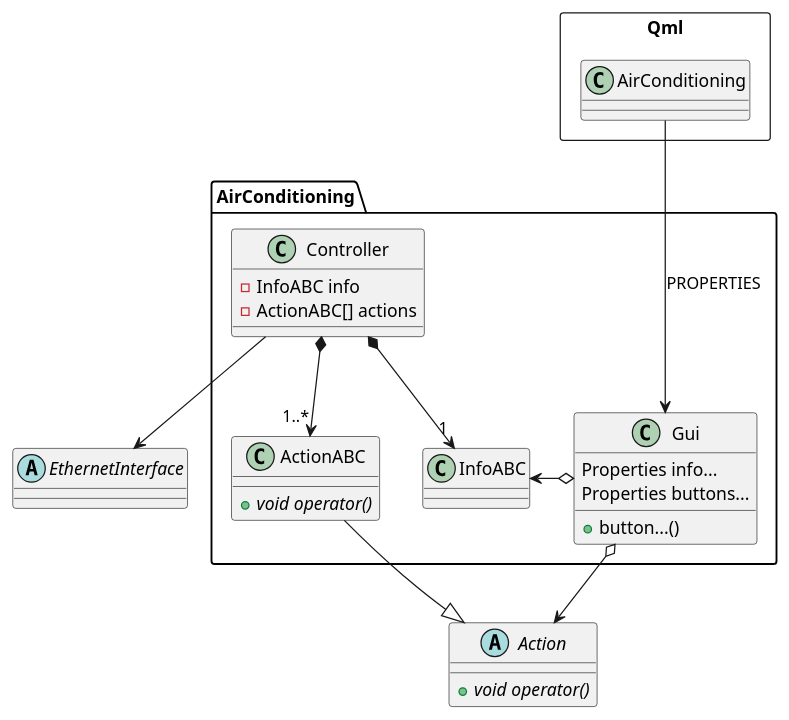
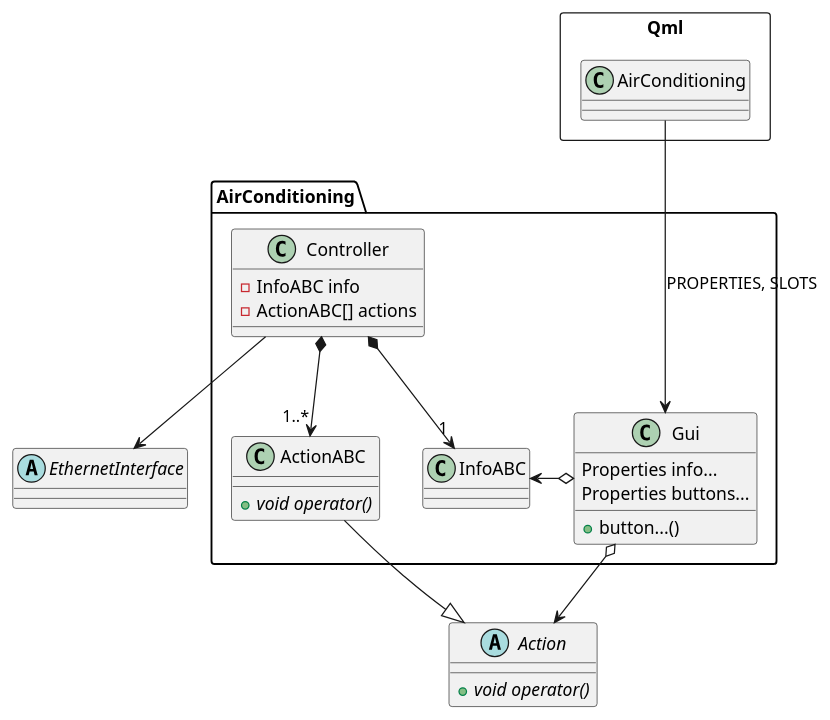
One commit to coders-school/car-dashboard changed the diagram in src/airConditionSitControl/AirConditioning.puml. Above: the diagram before and after it, drawn with PlantUML.

Commit message:
Update uml graph

```diff
--- a/src/airConditionSitControl/AirConditioning.puml
+++ b/src/airConditionSitControl/AirConditioning.puml
@@ -1,40 +1,40 @@
 @startuml AirConditioning
 
 abstract class Action
 Action : + void {abstract} operator()
 
 abstract class EthernetInterface
 
 
 
 namespace AirConditioning {
 
 
 class Gui
 Gui : + button...()
 Gui : Properties info...
 Gui : Properties buttons...
 Gui o-> .Action
 Gui o-> InfoABC
 
 class InfoABC
 
 class ActionABC
 ActionABC : + void {abstract} operator()
 ActionABC --|> .Action
 
 class Controller
 Controller : - InfoABC info
 Controller : - ActionABC[] actions
 Controller --> .EthernetInterface
 Controller *--> "1..*" ActionABC
 Controller *--> "1" InfoABC
 
 
 }
 
 package Qml <<Rectangle>> {
 }
-Qml.AirConditioning ---> AirConditioning.Gui : PROPERTIES
+Qml.AirConditioning ---> AirConditioning.Gui : PROPERTIES, SLOTS
 
 @enduml
```
